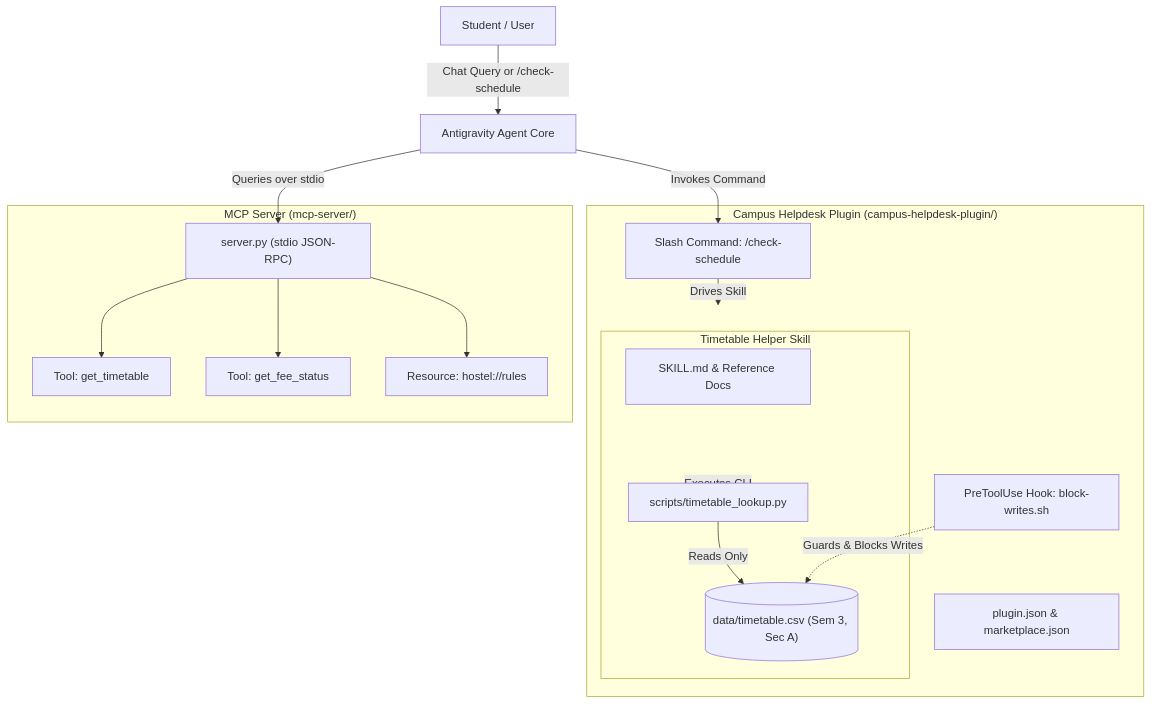
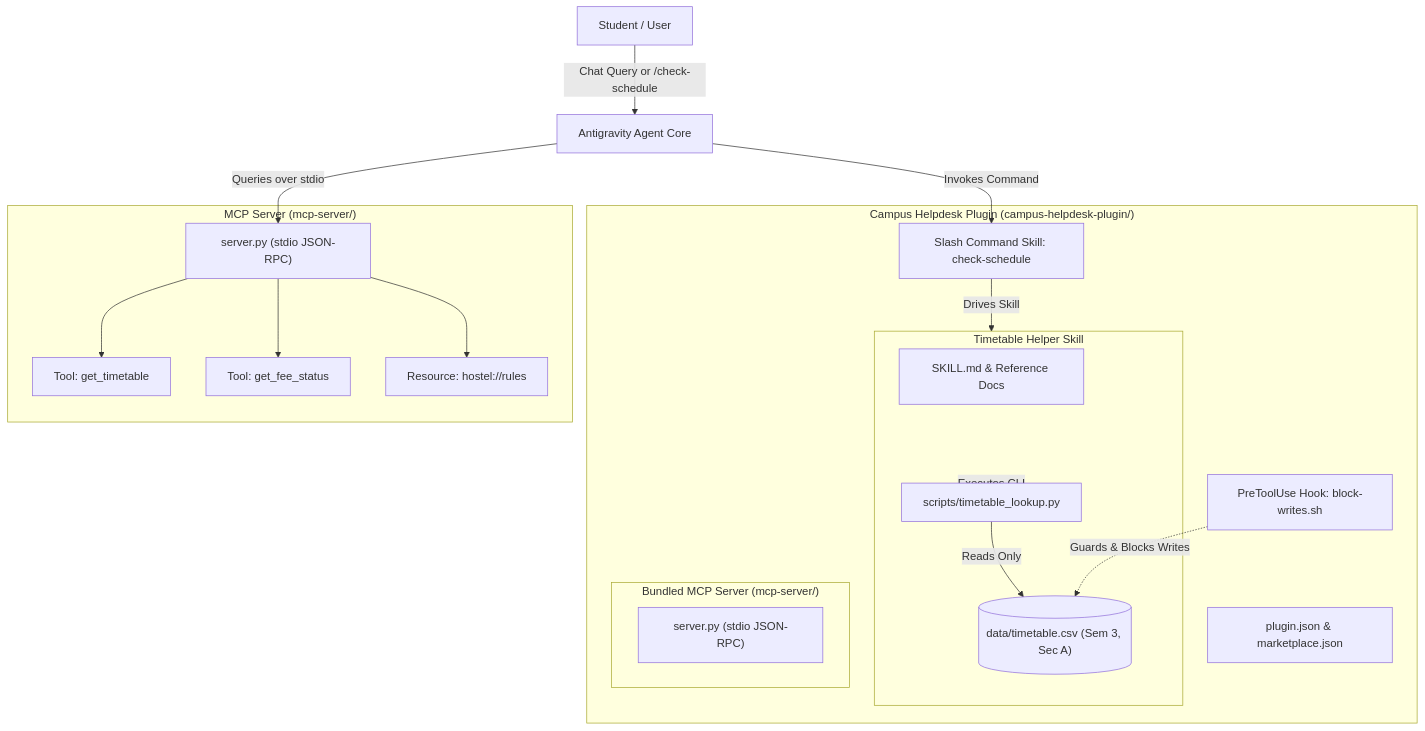
Before and after one commit to Daksh-create349/Campus-Helpdesk-Agent: the diagram in README.md, drawn with Mermaid. The commit also changed other lines of this file and 18 other files, not shown here.

Commit message:
fix: technical audit corrections for skills, plugin hooks, mcp server, and test suites

````diff
--- a/README.md
+++ b/README.md
@@ -15,33 +15,37 @@
 ```mermaid
 flowchart TD
     User["Student / User"] -->|Chat Query or /check-schedule| Agent["Antigravity Agent Core"]
     
     subgraph Plugin ["Campus Helpdesk Plugin (campus-helpdesk-plugin/)"]
         Manifest["plugin.json & marketplace.json"]
-        Cmd["Slash Command: /check-schedule"]
+        CmdSkill["Slash Command Skill: check-schedule"]
         Hook["PreToolUse Hook: block-writes.sh"]
         
         subgraph Skill ["Timetable Helper Skill"]
             SkillDoc["SKILL.md & Reference Docs"]
             Helper["scripts/timetable_lookup.py"]
             Dataset[("data/timetable.csv (Sem 3, Sec A)")]
+        end
+        
+        subgraph BundledMCP ["Bundled MCP Server (mcp-server/)"]
+            BundledServer["server.py (stdio JSON-RPC)"]
         end
     end
     
     subgraph MCPServer ["MCP Server (mcp-server/)"]
         Server["server.py (stdio JSON-RPC)"]
         Tool1["Tool: get_timetable"]
         Tool2["Tool: get_fee_status"]
         Res1["Resource: hostel://rules"]
     end
 
-    Agent -->|Invokes Command| Cmd
-    Cmd -->|Drives Skill| Skill
+    Agent -->|Invokes Command| CmdSkill
+    CmdSkill -->|Drives Skill| Skill
     Skill -->|Executes CLI| Helper
     Helper -->|Reads Only| Dataset
     Hook -.->|Guards & Blocks Writes| Dataset
     Agent -->|Queries over stdio| Server
     Server --> Tool1
     Server --> Tool2
     Server --> Res1
 ```
````
